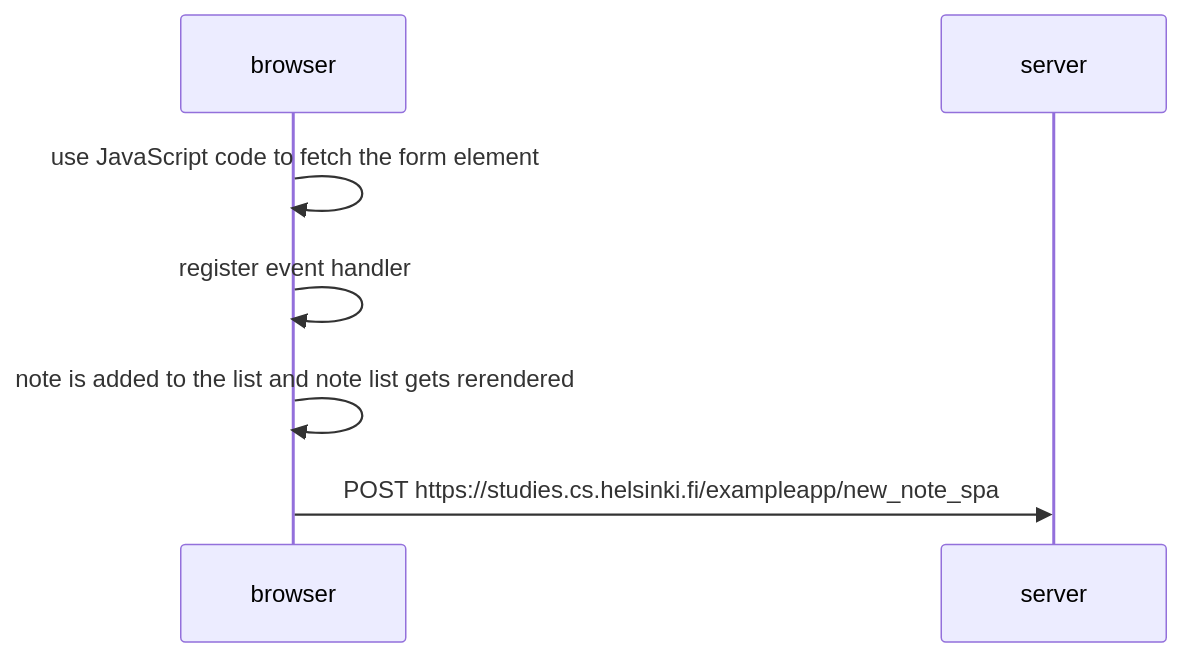
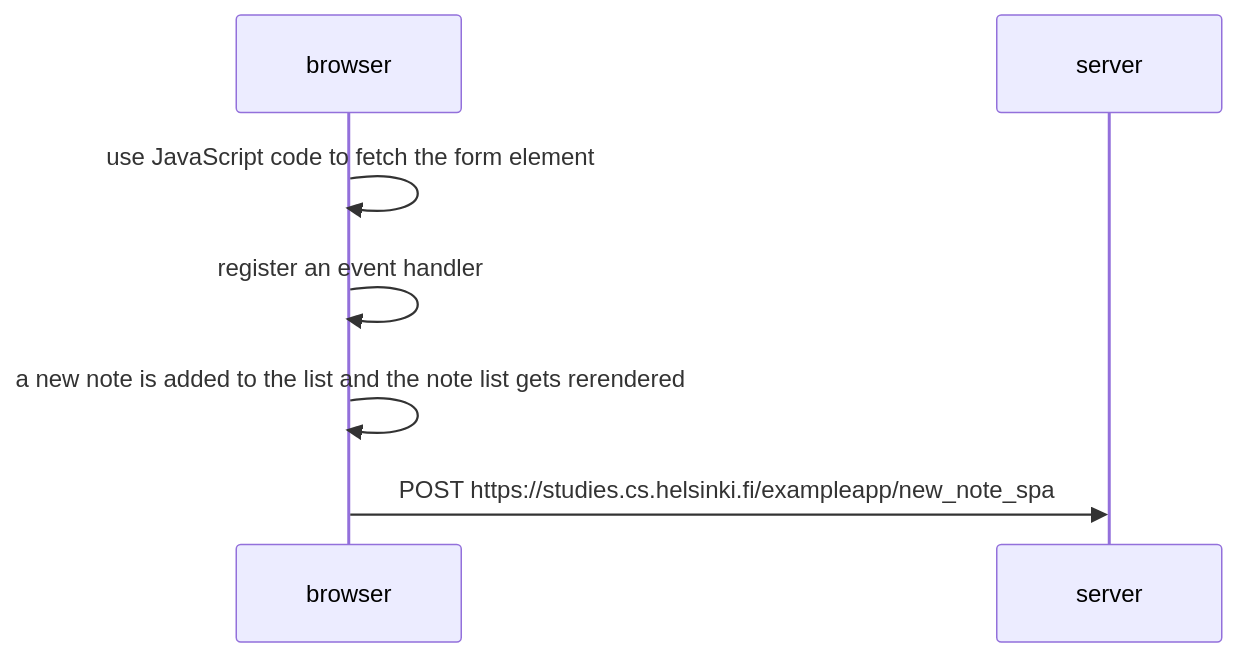
Before and after one commit to susannakinnunen/Full-Stack-Exercises: the diagram in part0/0.6.md, drawn with Mermaid.

````diff
--- a/part0/0.6.md
+++ b/part0/0.6.md
@@ -1,13 +1,13 @@
 ```mermaid
 
 sequenceDiagram
     participant browser
     participant server
 
     browser->>browser: use JavaScript code to fetch the form element
-    browser->>browser: register event handler
-    browser->>browser: note is added to the list and note list gets rerendered
+    browser->>browser: register an event handler
+    browser->>browser: a new note is added to the list and the note list gets rerendered
     browser->>server: POST https://studies.cs.helsinki.fi/exampleapp/new_note_spa
 
 
 ```
````
